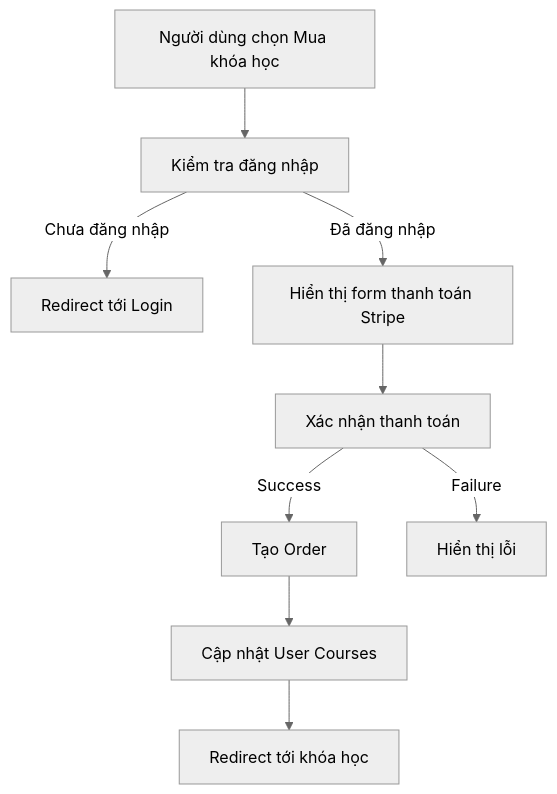
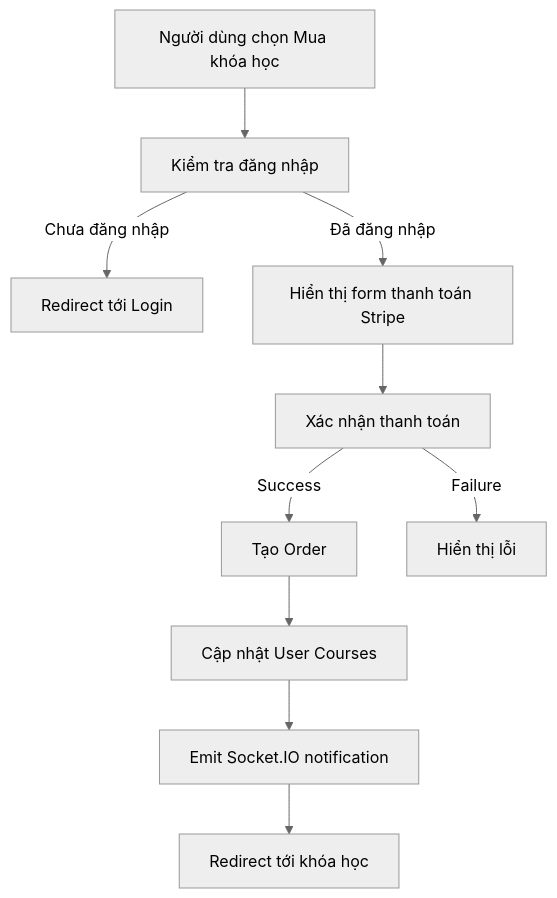
Before and after one commit to lehieu29/Elearning: the fifth of 8 diagrams in memory-banks/frontend-flow.md, drawn with Mermaid (neutral theme). The commit also changed other lines of this file and 43 other files, not shown here.

````diff
--- a/memory-banks/frontend-flow.md
+++ b/memory-banks/frontend-flow.md
@@ -125,11 +167,12 @@
 ```mermaid
 graph TD
     A[Người dùng chọn Mua khóa học] --> B[Kiểm tra đăng nhập]
     B -->|Chưa đăng nhập| C[Redirect tới Login]
     B -->|Đã đăng nhập| D[Hiển thị form thanh toán Stripe]
     D --> E[Xác nhận thanh toán]
     E -->|Success| F[Tạo Order]
     F --> G[Cập nhật User Courses]
-    G --> H[Redirect tới khóa học]
-    E -->|Failure| I[Hiển thị lỗi]
+    G --> H[Emit Socket.IO notification]
+    H --> I[Redirect tới khóa học]
+    E -->|Failure| J[Hiển thị lỗi]
 ```
````
